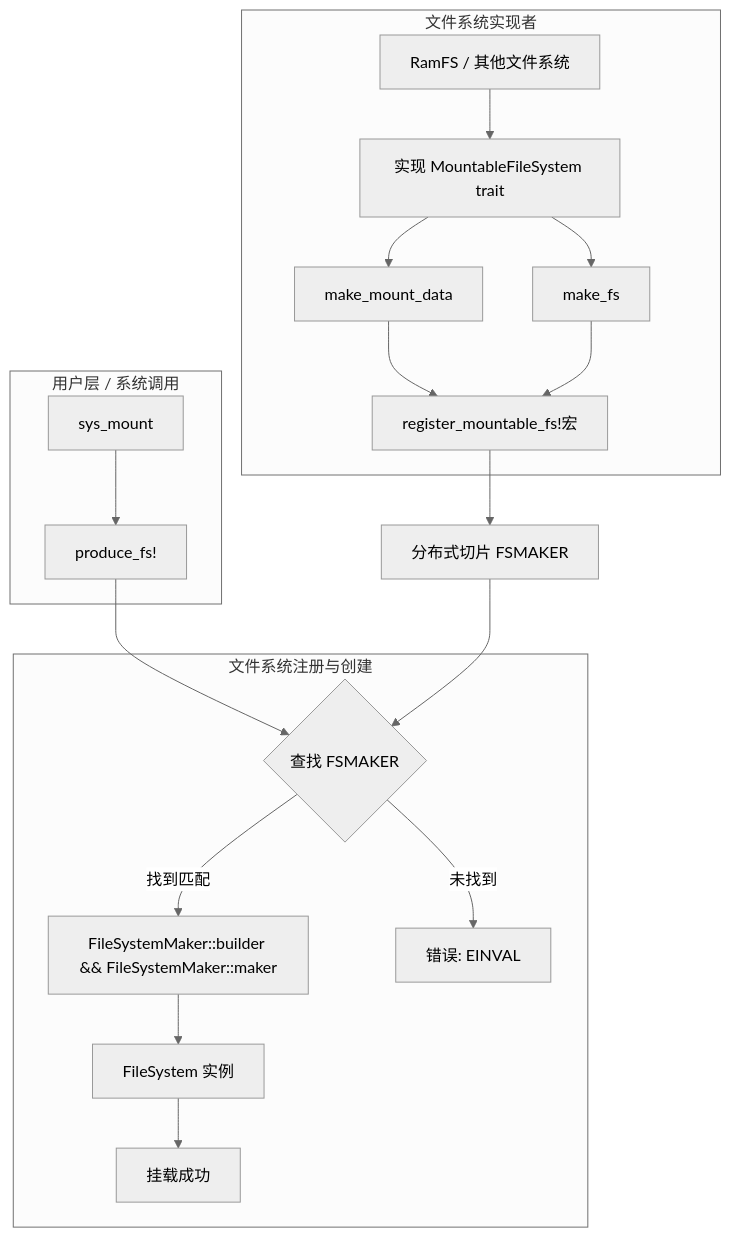
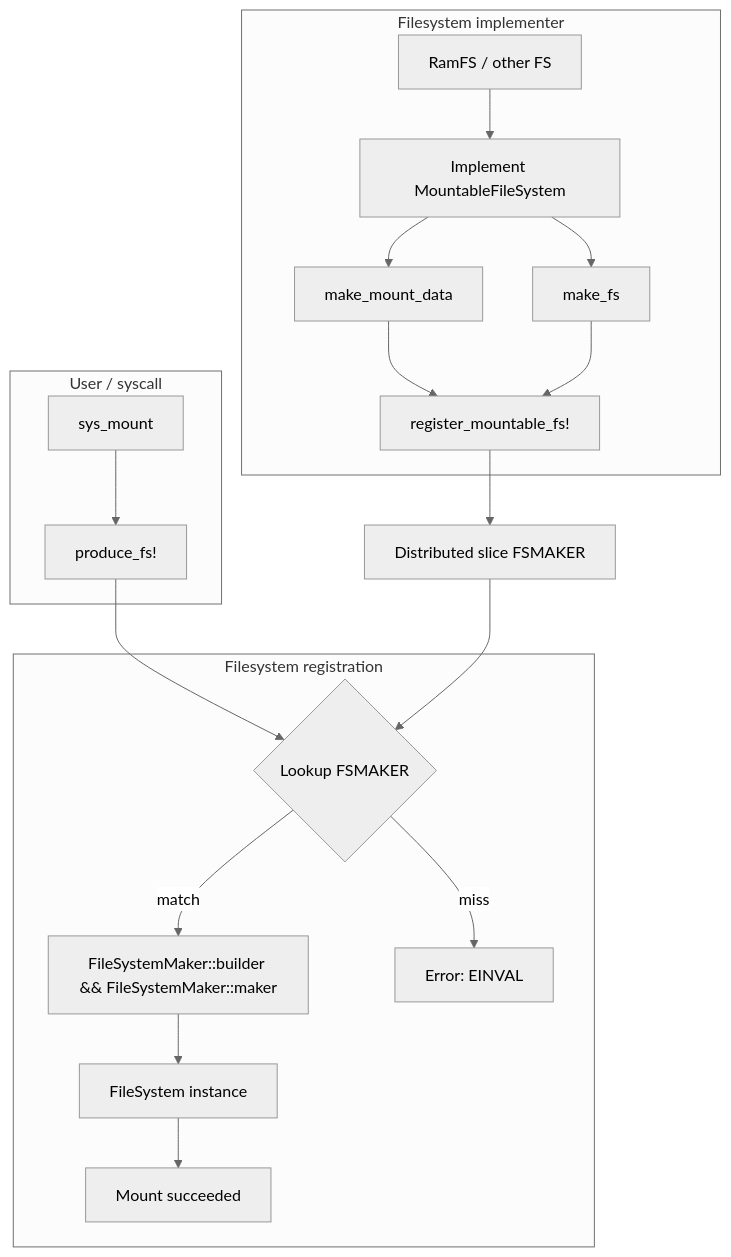
The diagram in docs/kernel/filesystem/vfs/mountable_fs.md (DragonOS-Community/DragonOS), drawn with Mermaid (neutral theme) before and after one commit. The commit also changed other lines of this file and 2058 other files, not shown here.

````diff
--- a/docs/kernel/filesystem/vfs/mountable_fs.md
+++ b/docs/kernel/filesystem/vfs/mountable_fs.md
@@ -9,29 +10,25 @@
 ```mermaid
     graph TD
-    subgraph 用户层 / 系统调用
+    subgraph userland [User / syscall]
         A[sys_mount] --> B[produce_fs!]
     end
 
-    subgraph 文件系统注册与创建
-        B --> C{查找 FSMAKER}
-        C -- 找到匹配 --> D[FileSystemMaker::builder && FileSystemMaker::maker]
-        D --> G[FileSystem 实例]
-        G --> H[挂载成功]
-        C -- 未找到 --> I[错误: EINVAL]
+    subgraph registry [Filesystem registration]
+        B --> C{"Lookup FSMAKER"}
+        C -- match --> D["FileSystemMaker::builder && FileSystemMaker::maker"]
+        D --> G["FileSystem instance"]
+        G --> H["Mount succeeded"]
+        C -- miss --> I["Error: EINVAL"]
     end
 
-    subgraph 文件系统实现者
-        J[RamFS / 其他文件系统] --> K[实现 MountableFileSystem trait]
+    subgraph implementer [Filesystem implementer]
+        J["RamFS / other FS"] --> K["Implement MountableFileSystem"]
         K --> L[make_mount_data]
         K --> M[make_fs]
-        L --> N[register_mountable_fs!宏]
+        L --> N["register_mountable_fs!"]
         M --> N
     end
 
-    N --> O[分布式切片 FSMAKER ]
+    N --> O["Distributed slice FSMAKER"]
     O --> C
-
-    click J "#" "RamFS - 文件系统示例"
-    click B "#" "produce_fs 函数"
-    click O "#" "FSMAKER - 文件系统工厂数组"
 ```
````
